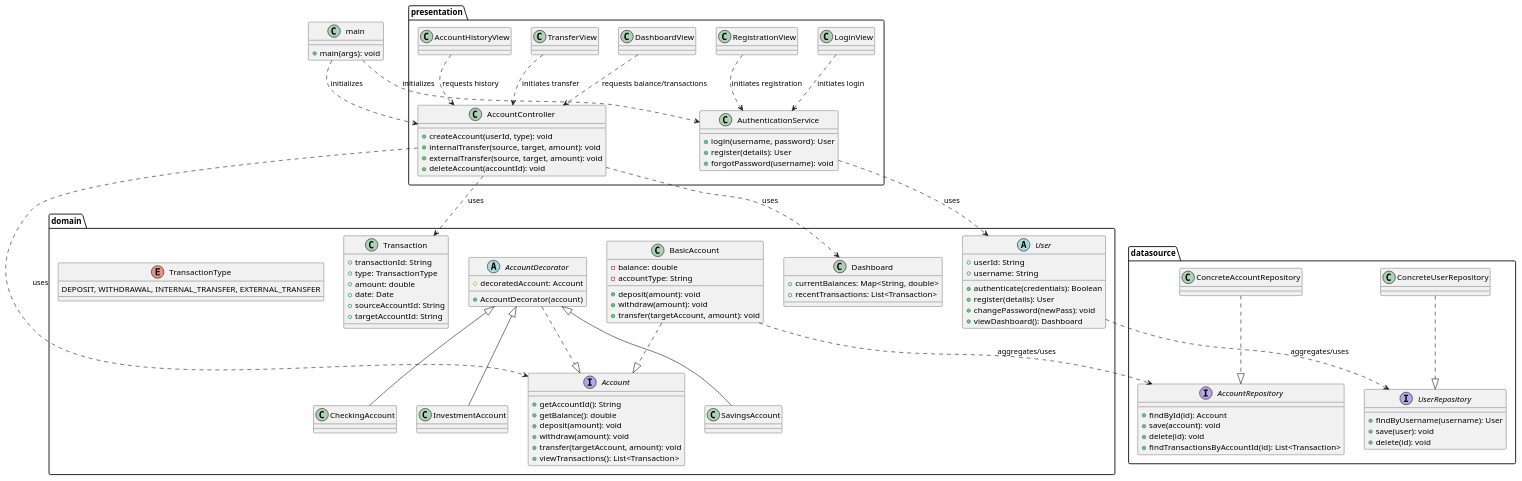
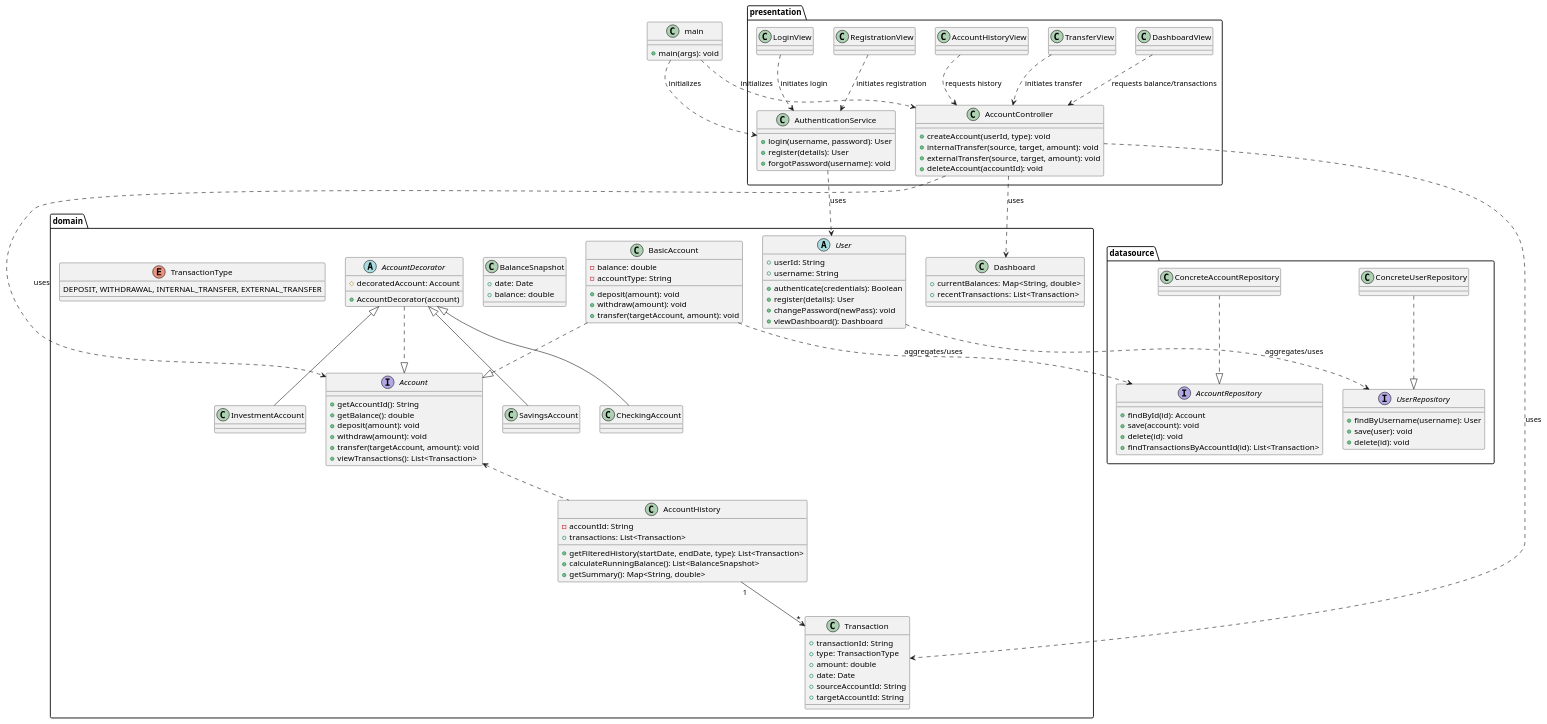
The diagram in docs/design/design.puml (nu-cs-sw-design/project-20252601-yiji-s-winions), drawn with PlantUML before and after one commit.

Commit message:
added account history support and relationships

```diff
--- a/docs/design/design.puml
+++ b/docs/design/design.puml
@@ -1,146 +1,165 @@
 @startuml
 
 package presentation {
     class AuthenticationService {
         + login(username, password): User
         + register(details): User
         + forgotPassword(username): void
     }
 
     class AccountController {
         ' Handles calls related to accounts
         + createAccount(userId, type): void
         + internalTransfer(source, target, amount): void
         + externalTransfer(source, target, amount): void
         + deleteAccount(accountId): void
     }
 
     ' New View Classes
     class LoginView
     class RegistrationView
     class DashboardView
     class TransferView
     class AccountHistoryView
 
     ' Relationships: Views interact with the controllers/services
     LoginView ..> AuthenticationService : initiates login
     RegistrationView ..> AuthenticationService : initiates registration
     DashboardView ..> AccountController : requests balance/transactions
     TransferView ..> AccountController : initiates transfer
     AccountHistoryView ..> AccountController : requests history
 }
 
 package domain {
 
     abstract class User {
         + userId: String
         + username: String
         + authenticate(credentials): Boolean
         + register(details): User
         + changePassword(newPass): void
         + viewDashboard(): Dashboard
     }
 
     interface Account {
         + getAccountId(): String
         + getBalance(): double
         + deposit(amount): void
         + withdraw(amount): void
         + transfer(targetAccount, amount): void
         + viewTransactions(): List<Transaction>
     }
 
     class Transaction {
         + transactionId: String
         + type: TransactionType
         + amount: double
         + date: Date
         + sourceAccountId: String
         + targetAccountId: String
     }
 
     ' Account Hierarchy (Decorator Pattern for flexibility and future extensions)
     abstract class AccountDecorator {
         # decoratedAccount: Account
         + AccountDecorator(account)
     }
 
     class BasicAccount {
         - balance: double
         - accountType: String
         + deposit(amount): void
         + withdraw(amount): void
         + transfer(targetAccount, amount): void
     }
     class CheckingAccount {
         ' Adds checking-specific features, e.g., overdraft limits
     }
 
     class SavingsAccount {
         ' Adds savings-specific features, e.g., interest calculation
     }
 
     class InvestmentAccount {
         ' Adds investment-specific features, e.g., mock portfolio data
     }
+
+    class AccountHistory {
+        - accountId: String
+        + transactions: List<Transaction>
+        + getFilteredHistory(startDate, endDate, type): List<Transaction>
+        + calculateRunningBalance(): List<BalanceSnapshot>
+        + getSummary(): Map<String, double>
+    }
+
+    class BalanceSnapshot {
+        + date: Date
+        + balance: double
+    }
+
     class Dashboard {
         + currentBalances: Map<String, double>
         + recentTransactions: List<Transaction>
     }
     enum TransactionType {
         DEPOSIT, WITHDRAWAL, INTERNAL_TRANSFER, EXTERNAL_TRANSFER
     }
 
     BasicAccount ..|> Account
     AccountDecorator ..|> Account
 
+    ' Relationship: Account contains/uses its history logic
+    Account <.. AccountHistory
+
+    AccountHistory "1" --> "*" Transaction
+
 }
 
 package datasource {
     interface AccountRepository {
-            + findById(id): Account
-            + save(account): void
-            + delete(id): void
-            + findTransactionsByAccountId(id): List<Transaction>
-        }
+        + findById(id): Account
+        + save(account): void
+        + delete(id): void
+        + findTransactionsByAccountId(id): List<Transaction>
+    }
 
-        interface UserRepository {
-            + findByUsername(username): User
-            + save(user): void
-            + delete(id): void
-        }
+    interface UserRepository {
+        + findByUsername(username): User
+        + save(user): void
+        + delete(id): void
+    }
 
-        class ConcreteAccountRepository {
-            ' Uses a specific database technology (e.g., SQL, Firebase)
-        }
+    class ConcreteAccountRepository {
+        ' Uses a specific database technology (e.g., SQL, Firebase)
+    }
 
-        class ConcreteUserRepository {
-            ' Handles user login and registration persistence (e.g., AWS Cognito, Firebase Auth)
-        }
+    class ConcreteUserRepository {
+        ' Handles user login and registration persistence (e.g., AWS Cognito, Firebase Auth)
+    }
 
-        ConcreteUserRepository ..|> UserRepository
-        ConcreteAccountRepository ..|> AccountRepository
+    ConcreteUserRepository ..|> UserRepository
+    ConcreteAccountRepository ..|> AccountRepository
 }
 
 class main {
     + main(args): void
 }
 
 ' Presentation depends on Domain (Uses its Models and Services)
 AuthenticationService ..> User : uses
 AccountController ..> Account : uses
 AccountController ..> Transaction : uses
 AccountController ..> Dashboard : uses
 
 ' Domain depends on Datasource (Uses Repositories to persist data)
 User ..> UserRepository : aggregates/uses
 BasicAccount ..> AccountRepository : aggregates/uses
 AccountDecorator <|-- CheckingAccount
 AccountDecorator <|-- SavingsAccount
 AccountDecorator <|-- InvestmentAccount
 
 ' Main initializes the system
 main ..> AuthenticationService : initializes
 main ..> AccountController : initializes
 
 @enduml
```
